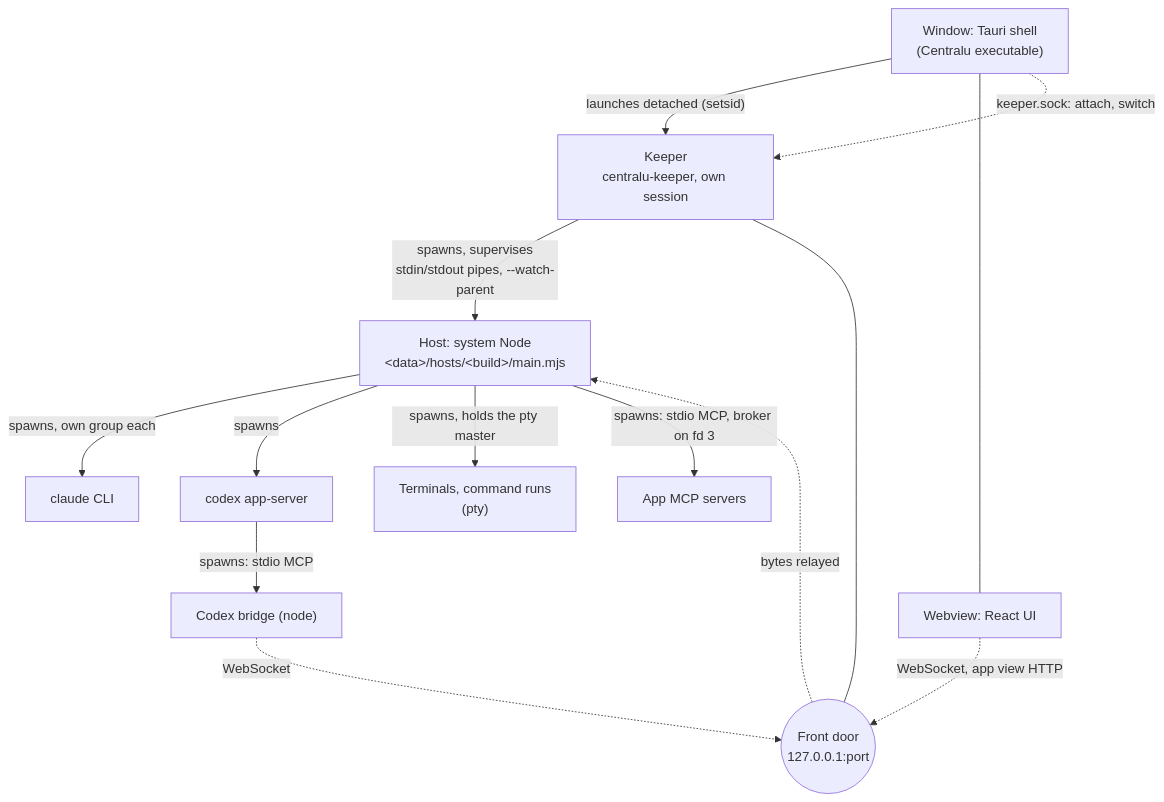
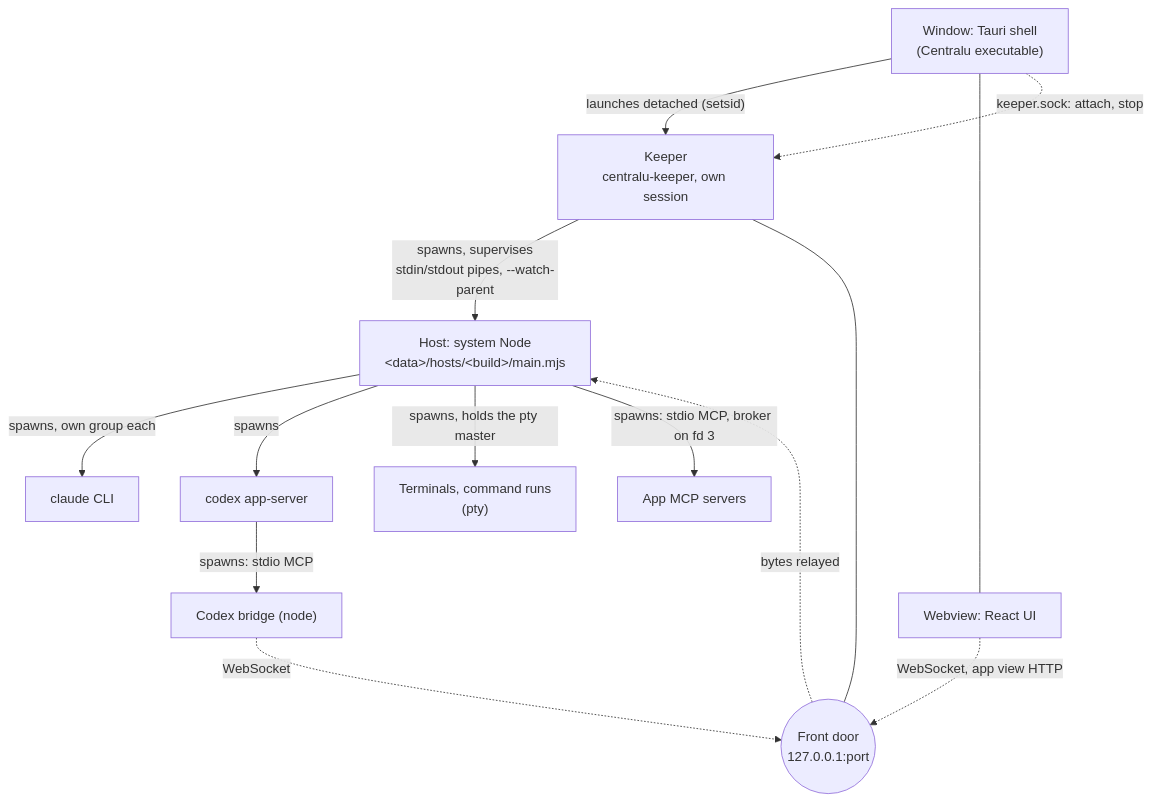
One commit to ijun17/centralu changed the fifth of 11 diagrams in docs/domain-model.ko.md. Above: the diagram before and after it, drawn with Mermaid. The commit also changed other lines of this file and 12 other files, not shown here.

First line of the commit message:
docs(keeper): an update and another build are a stop, and the host's held-children check stays for PR 6 (#1895)

````diff
--- a/docs/domain-model.ko.md
+++ b/docs/domain-model.ko.md
@@ -495,28 +495,28 @@
 ```mermaid
 flowchart TD
   app["Window: Tauri shell<br/>(Centralu executable)"]
   web["Webview: React UI"]
   keeper["Keeper<br/>centralu-keeper, own session"]
   host["Host: system Node<br/>&lt;data&gt;/hosts/&lt;build&gt;/main.mjs"]
   claude["claude CLI"]
   codex["codex app-server"]
   bridge["Codex bridge (node)"]
   pty["Terminals, command runs<br/>(pty)"]
   appsrv["App MCP servers"]
   door(("Front door<br/>127.0.0.1:port"))
 
   app -- "launches detached (setsid)" --> keeper
   app --- web
   keeper -- "spawns, supervises<br/>stdin/stdout pipes, --watch-parent" --> host
   host -- "spawns, own group each" --> claude
   host -- "spawns" --> codex
   host -- "spawns, holds the pty master" --> pty
   host -- "spawns: stdio MCP, broker on fd 3" --> appsrv
   codex -- "spawns: stdio MCP" --> bridge
   keeper --- door
 
-  app -. "keeper.sock: attach, switch" .-> keeper
+  app -. "keeper.sock: attach, stop" .-> keeper
   web -. "WebSocket, app view HTTP" .-> door
   bridge -. "WebSocket" .-> door
   door -. "bytes relayed" .-> host
 ```
````
